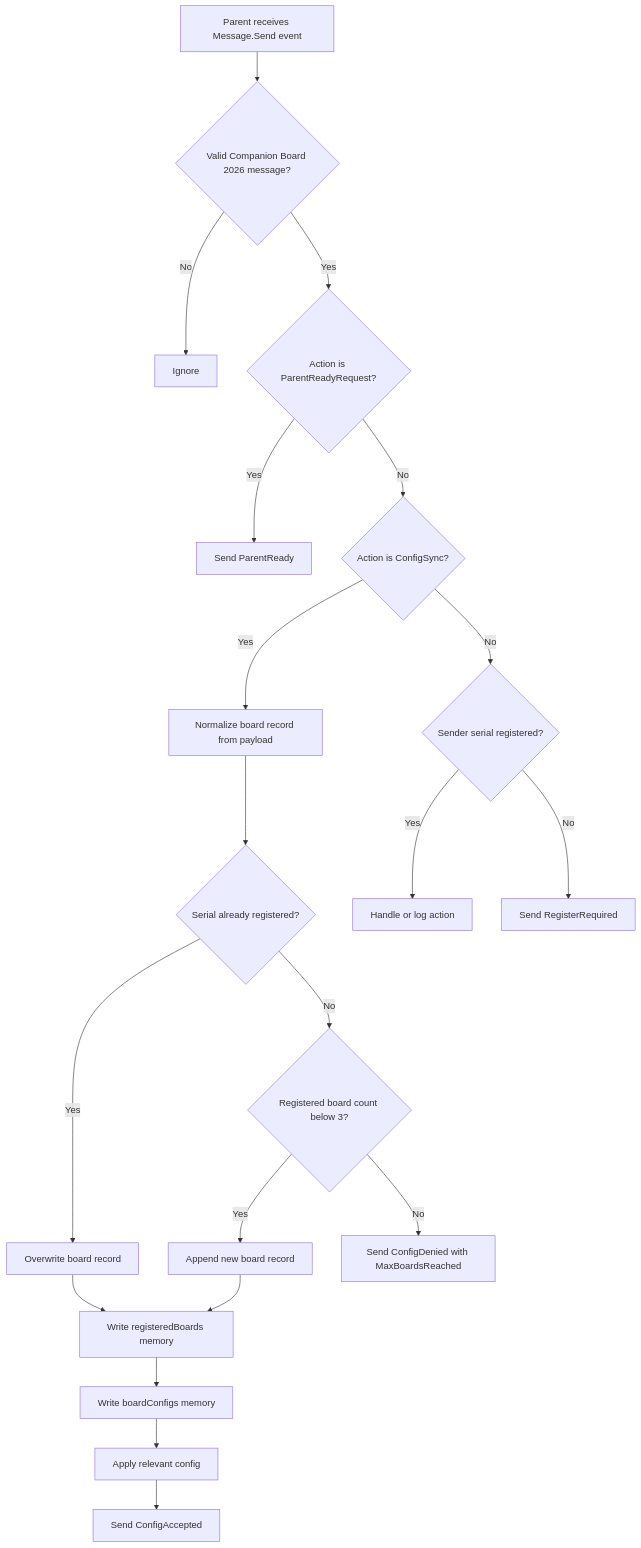
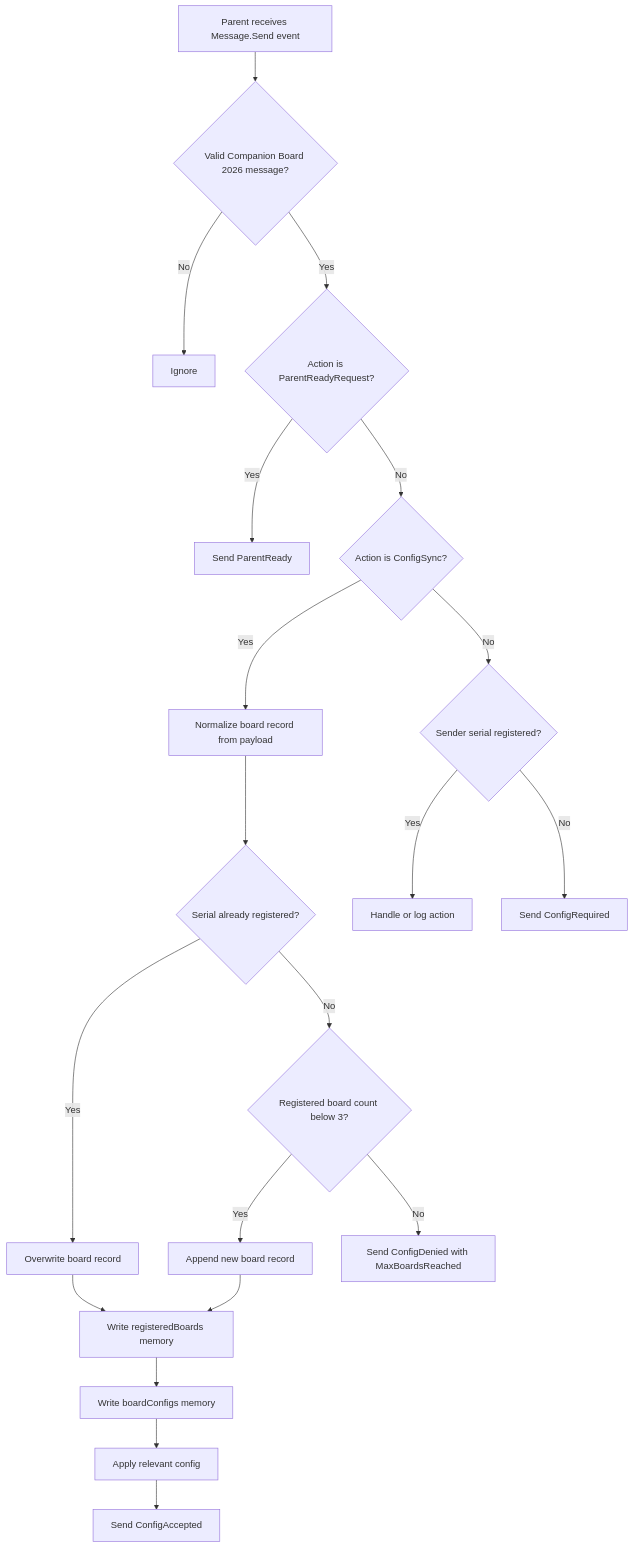
Before and after one commit to ctg-tme/Custom_Companion_2026: the fifth of 7 diagrams in README.md, drawn with Mermaid. The commit also changed other lines of this file and 4 other files, not shown here.

````diff
--- a/README.md
+++ b/README.md
@@ -160,22 +160,22 @@
 ```mermaid
 flowchart TD
 	A[Parent receives Message.Send event] --> B{Valid Companion Board 2026 message?}
 	B -- No --> C[Ignore]
 	B -- Yes --> D{Action is ParentReadyRequest?}
 	D -- Yes --> E[Send ParentReady]
 	D -- No --> F{Action is ConfigSync?}
 	F -- Yes --> G[Normalize board record from payload]
 	G --> H{Serial already registered?}
 	H -- Yes --> I[Overwrite board record]
 	H -- No --> J{Registered board count below 3?}
 	J -- Yes --> K[Append new board record]
 	J -- No --> L[Send ConfigDenied with MaxBoardsReached]
 	I --> M[Write registeredBoards memory]
 	K --> M
 	M --> N[Write boardConfigs memory]
 	N --> O[Apply relevant config]
 	O --> P[Send ConfigAccepted]
 	F -- No --> Q{Sender serial registered?}
 	Q -- Yes --> R[Handle or log action]
-	Q -- No --> S[Send RegisterRequired]
+	Q -- No --> S[Send ConfigRequired]
 ```
````
